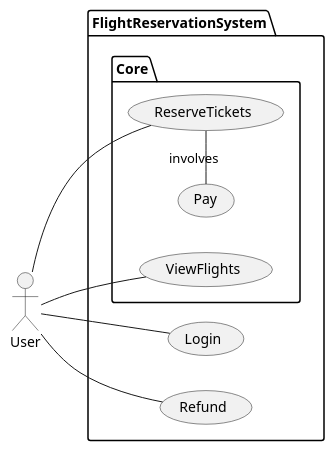
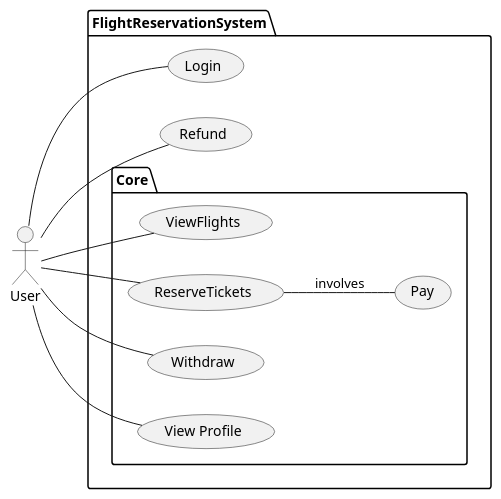
The diagram in doc/analysis/use case graph.puml (Deuchier/flight_manager_V1), drawn with PlantUML before and after one commit. The commit also changed 8 other files, not shown here.

```diff
--- a/doc/analysis/use case graph.puml
+++ b/doc/analysis/use case graph.puml
@@ -1,25 +1,30 @@
 @startuml
 
 left to right direction
 
 package FlightReservationSystem {
     (Login) as L
     package Core {
         (ViewFlights) as V
         (ReserveTickets) as RT
+        (Withdraw) as W
+
         (Pay) as P
+        (View Profile) as VP
 
-        RT -left- P : involves
+        RT -- P : involves
     }
     (Refund) as R
 }
 
 Actor User as U
 
 U -- L
 U -- RT
 U -- R
 U -- V
+U -- W
+U -- VP
 
 
 @enduml
```
